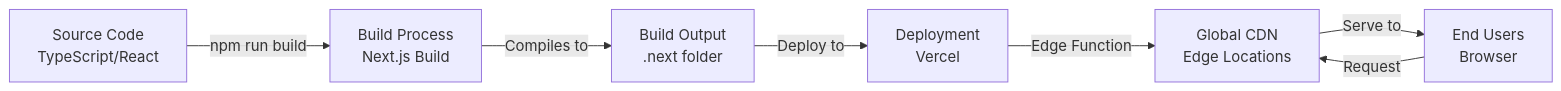
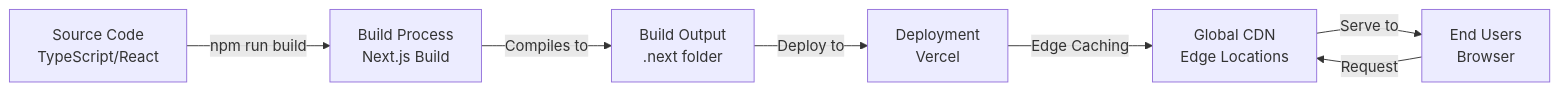
The tenth of 13 diagrams in ARCHITECTURE.md (elicortez/letmeaskaiforyou), drawn with Mermaid before and after one commit. The commit also changed other lines of this file and 2 other files, not shown here.

````diff
--- a/ARCHITECTURE.md
+++ b/ARCHITECTURE.md
@@ -346,16 +334,16 @@
 ```mermaid
 graph LR
     Source["Source Code<br/>TypeScript/React"]
     Build["Build Process<br/>Next.js Build"]
     Output["Build Output<br/>.next folder"]
     Deploy["Deployment<br/>Vercel"]
     CDN["Global CDN<br/>Edge Locations"]
     Users["End Users<br/>Browser"]
     
     Source -->|npm run build| Build
     Build -->|Compiles to| Output
     Output -->|Deploy to| Deploy
-    Deploy -->|Edge Function| CDN
+    Deploy -->|Edge Caching| CDN
     CDN -->|Serve to| Users
     Users -->|Request| CDN
 ```
````
